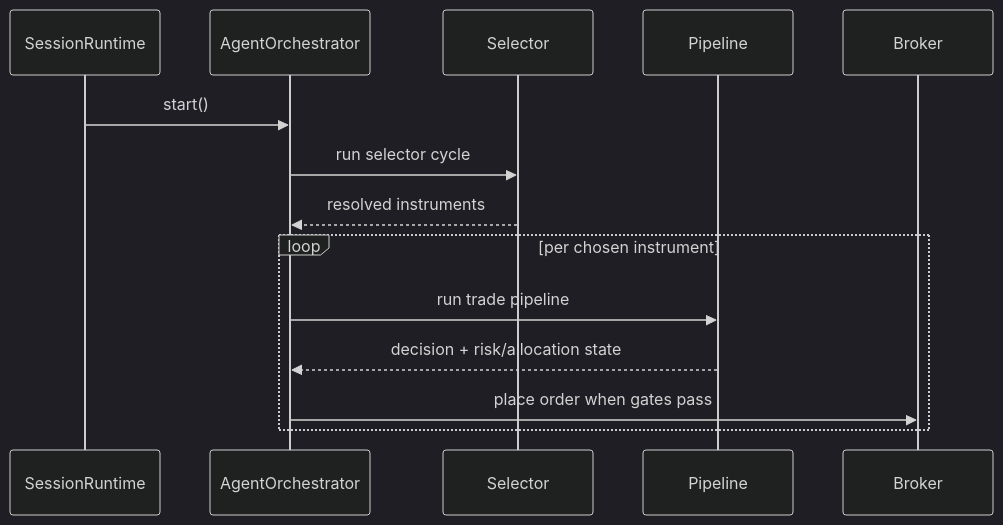
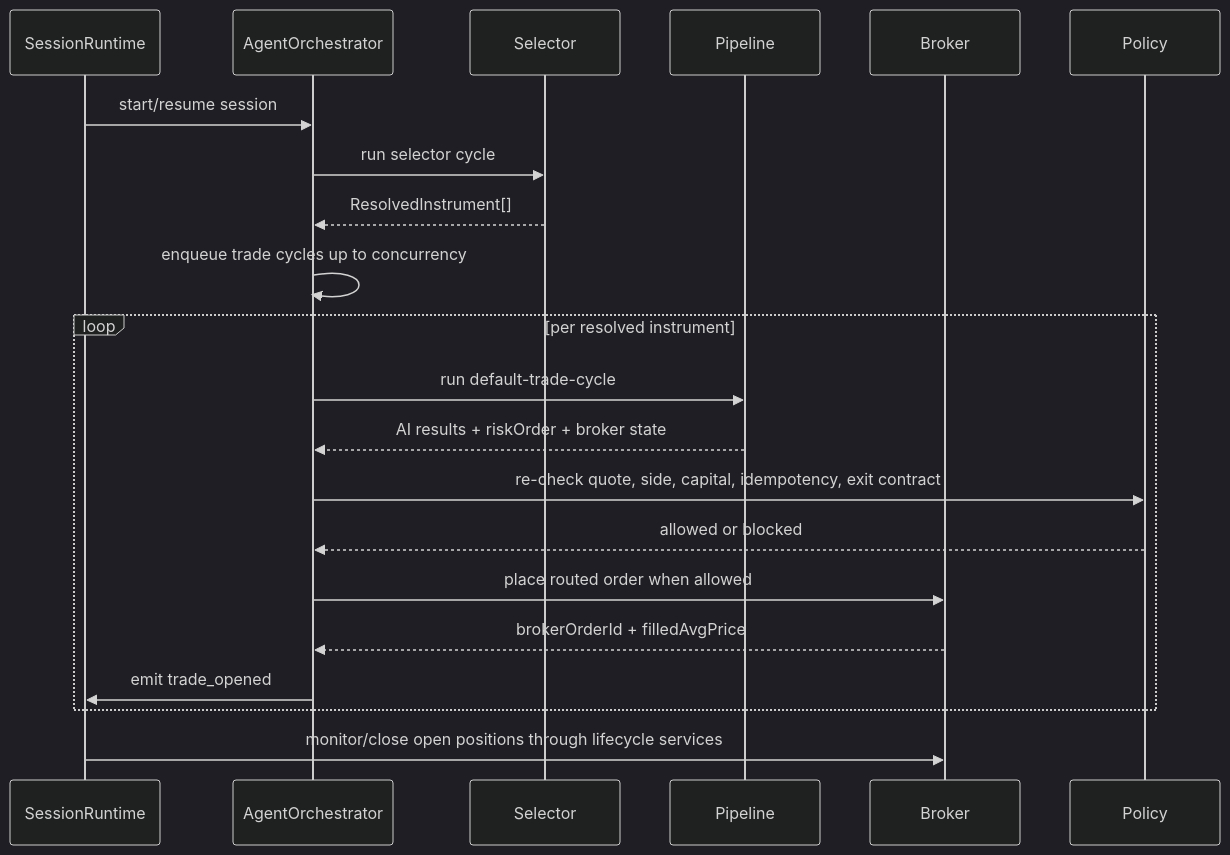
The diagram in electron/main/services/orchestration/README.md (KennethAtchon/Exva), drawn with Mermaid (dark theme) before and after one commit. The commit also changed other lines of this file and 40 other files, not shown here.

````diff
--- a/electron/main/services/orchestration/README.md
+++ b/electron/main/services/orchestration/README.md
@@ -15,16 +19,22 @@
 ```mermaid
 sequenceDiagram
     participant Runtime as SessionRuntime
     participant Orchestrator as AgentOrchestrator
     participant Selector
     participant Pipeline
     participant Broker
-    Runtime->>Orchestrator: start()
+    Runtime->>Orchestrator: start/resume session
     Orchestrator->>Selector: run selector cycle
-    Selector-->>Orchestrator: resolved instruments
-    loop per chosen instrument
-        Orchestrator->>Pipeline: run trade pipeline
-        Pipeline-->>Orchestrator: decision + risk/allocation state
-        Orchestrator->>Broker: place order when gates pass
+    Selector-->>Orchestrator: ResolvedInstrument[]
+    Orchestrator->>Orchestrator: enqueue trade cycles up to concurrency
+    loop per resolved instrument
+        Orchestrator->>Pipeline: run default-trade-cycle
+        Pipeline-->>Orchestrator: AI results + riskOrder + broker state
+        Orchestrator->>Policy: re-check quote, side, capital, idempotency, exit contract
+        Policy-->>Orchestrator: allowed or blocked
+        Orchestrator->>Broker: place routed order when allowed
+        Broker-->>Orchestrator: brokerOrderId + filledAvgPrice
+        Orchestrator->>Runtime: emit trade_opened
     end
+    Runtime->>Broker: monitor/close open positions through lifecycle services
 ```
````
